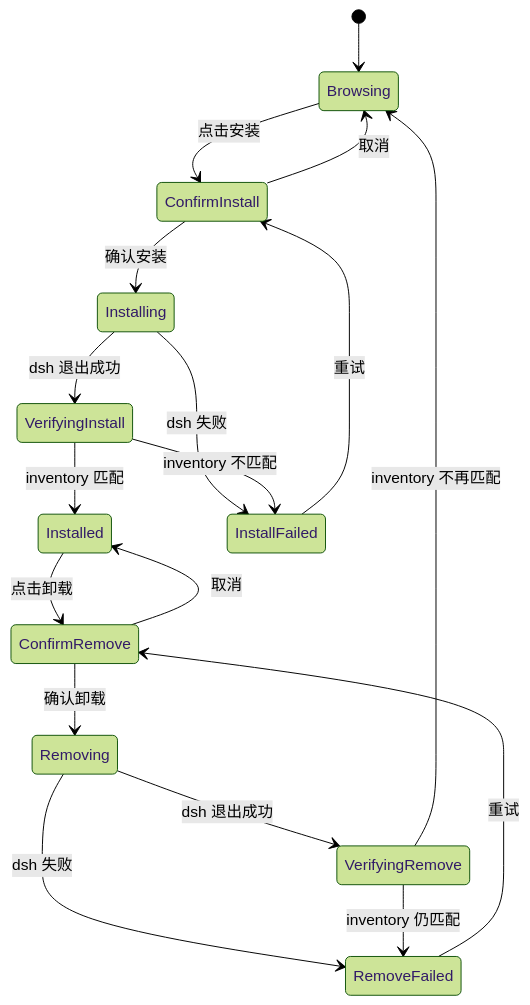
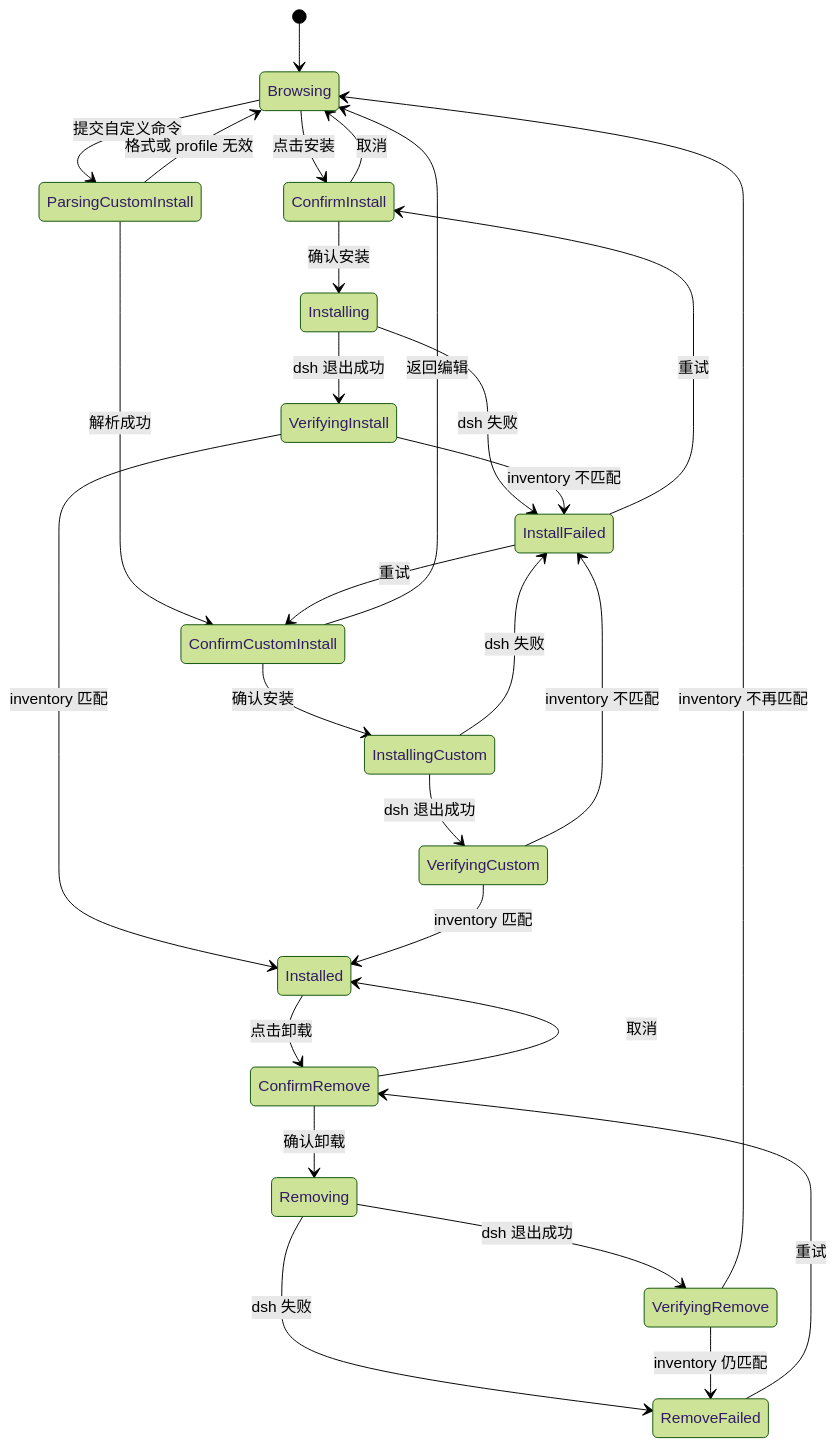
Before and after one commit to shetengteng/deepseek-harness-launcher: the diagram in design/plugin-market-settings-design.md, drawn with Mermaid (forest theme). The commit also changed other lines of this file and 61 other files, not shown here.

````diff
--- a/design/plugin-market-settings-design.md
+++ b/design/plugin-market-settings-design.md
@@ -245,20 +281,30 @@
 ```mermaid
 stateDiagram-v2
   [*] --> Browsing
   Browsing --> ConfirmInstall: 点击安装
   ConfirmInstall --> Browsing: 取消
   ConfirmInstall --> Installing: 确认安装
   Installing --> VerifyingInstall: dsh 退出成功
   VerifyingInstall --> Installed: inventory 匹配
   Installing --> InstallFailed: dsh 失败
   VerifyingInstall --> InstallFailed: inventory 不匹配
   InstallFailed --> ConfirmInstall: 重试
+  Browsing --> ParsingCustomInstall: 提交自定义命令
+  ParsingCustomInstall --> Browsing: 格式或 profile 无效
+  ParsingCustomInstall --> ConfirmCustomInstall: 解析成功
+  ConfirmCustomInstall --> Browsing: 返回编辑
+  ConfirmCustomInstall --> InstallingCustom: 确认安装
+  InstallingCustom --> VerifyingCustom: dsh 退出成功
+  VerifyingCustom --> Installed: inventory 匹配
+  InstallingCustom --> InstallFailed: dsh 失败
+  VerifyingCustom --> InstallFailed: inventory 不匹配
+  InstallFailed --> ConfirmCustomInstall: 重试
   Installed --> ConfirmRemove: 点击卸载
   ConfirmRemove --> Installed: 取消
   ConfirmRemove --> Removing: 确认卸载
   Removing --> VerifyingRemove: dsh 退出成功
   VerifyingRemove --> Browsing: inventory 不再匹配
   Removing --> RemoveFailed: dsh 失败
   VerifyingRemove --> RemoveFailed: inventory 仍匹配
   RemoveFailed --> ConfirmRemove: 重试
 ```
````
